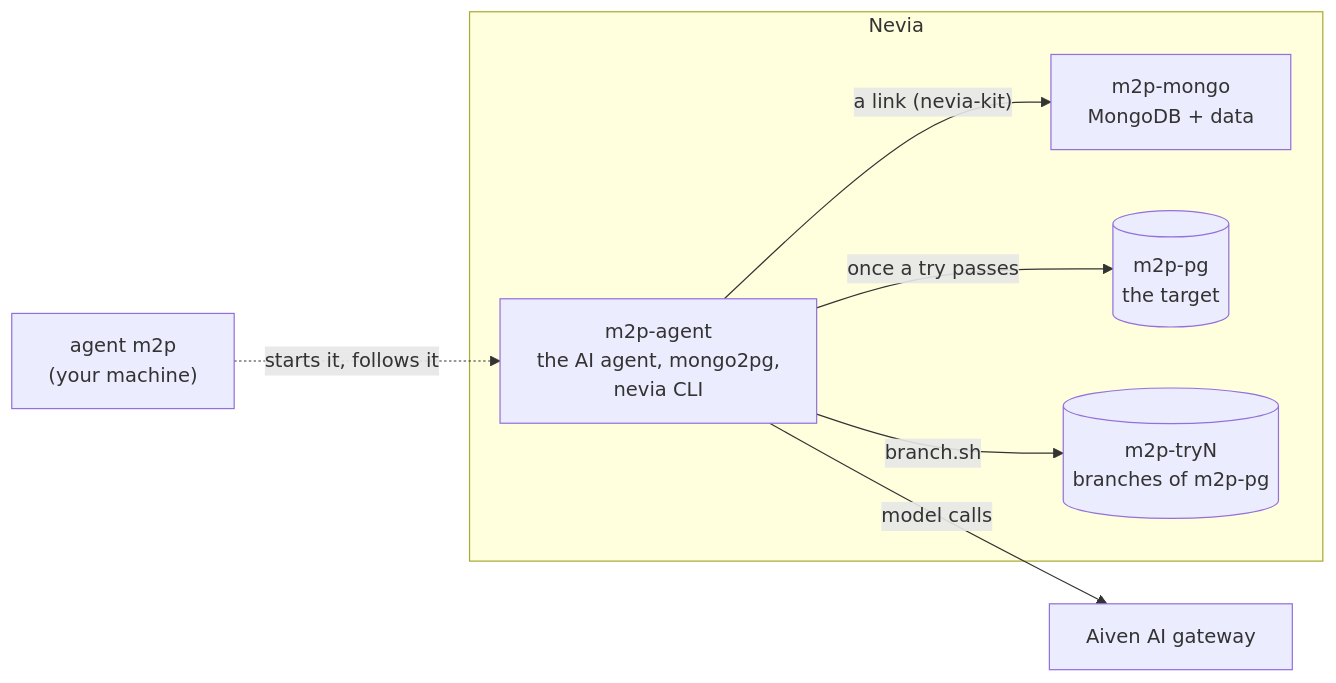
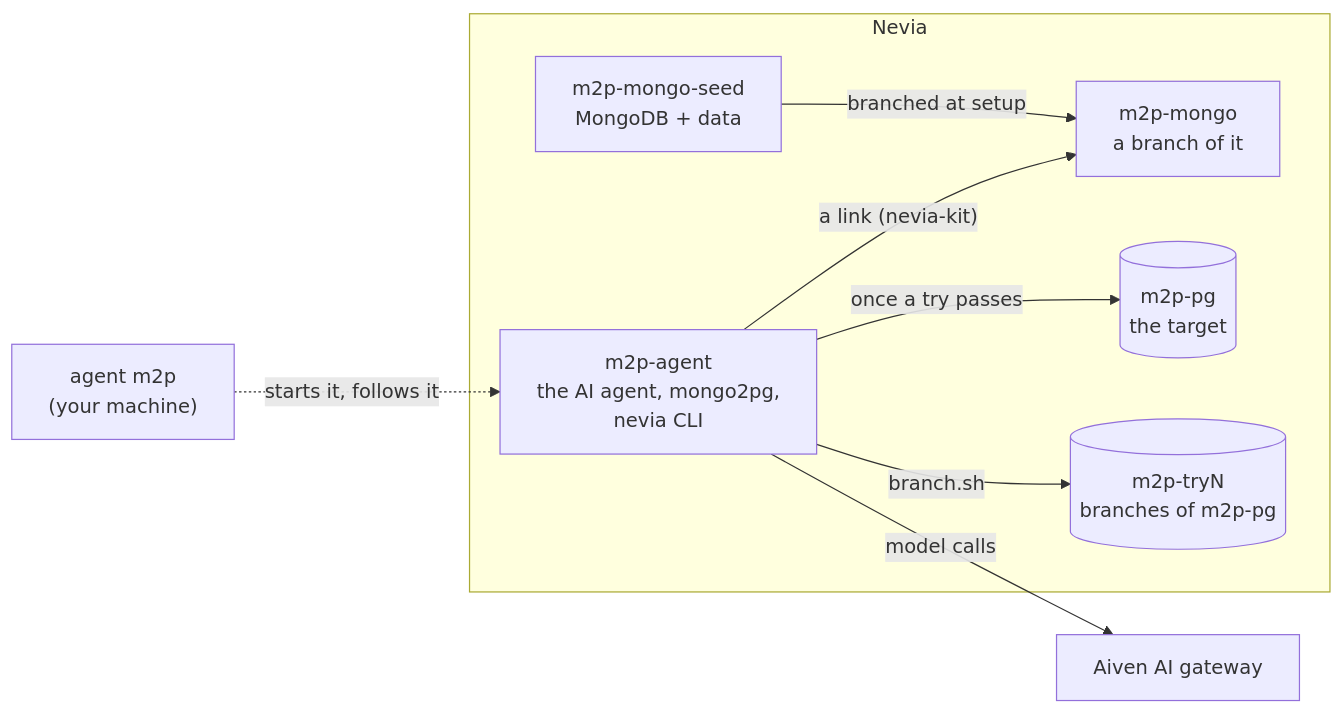
Before and after one commit to bertrandcedric/nevia-agent: the first of 2 diagrams in docs/m2p.md, drawn with Mermaid. The commit also changed other lines of this file and 79 other files, not shown here.

````diff
--- a/docs/m2p.md
+++ b/docs/m2p.md
@@ -20,16 +22,18 @@
 ```mermaid
 flowchart LR
     cli["agent m2p<br/>(your machine)"]
     gateway["Aiven AI gateway"]
     subgraph nevia["Nevia"]
         agent["m2p-agent<br/>the AI agent, mongo2pg,<br/>nevia CLI"]
-        mongo["m2p-mongo<br/>MongoDB + data"]
+        seed["m2p-mongo-seed<br/>MongoDB + data"]
+        mongo["m2p-mongo<br/>a branch of it"]
         pg[("m2p-pg<br/>the target")]
         branches[("m2p-tryN<br/>branches of m2p-pg")]
     end
     cli -. "starts it, follows it" .-> agent
+    seed -- "branched at setup" --> mongo
     agent -- "a link (nevia-kit)" --> mongo
     agent -- "branch.sh" --> branches
     agent -- "once a try passes" --> pg
     agent -- "model calls" --> gateway
 ```
````
